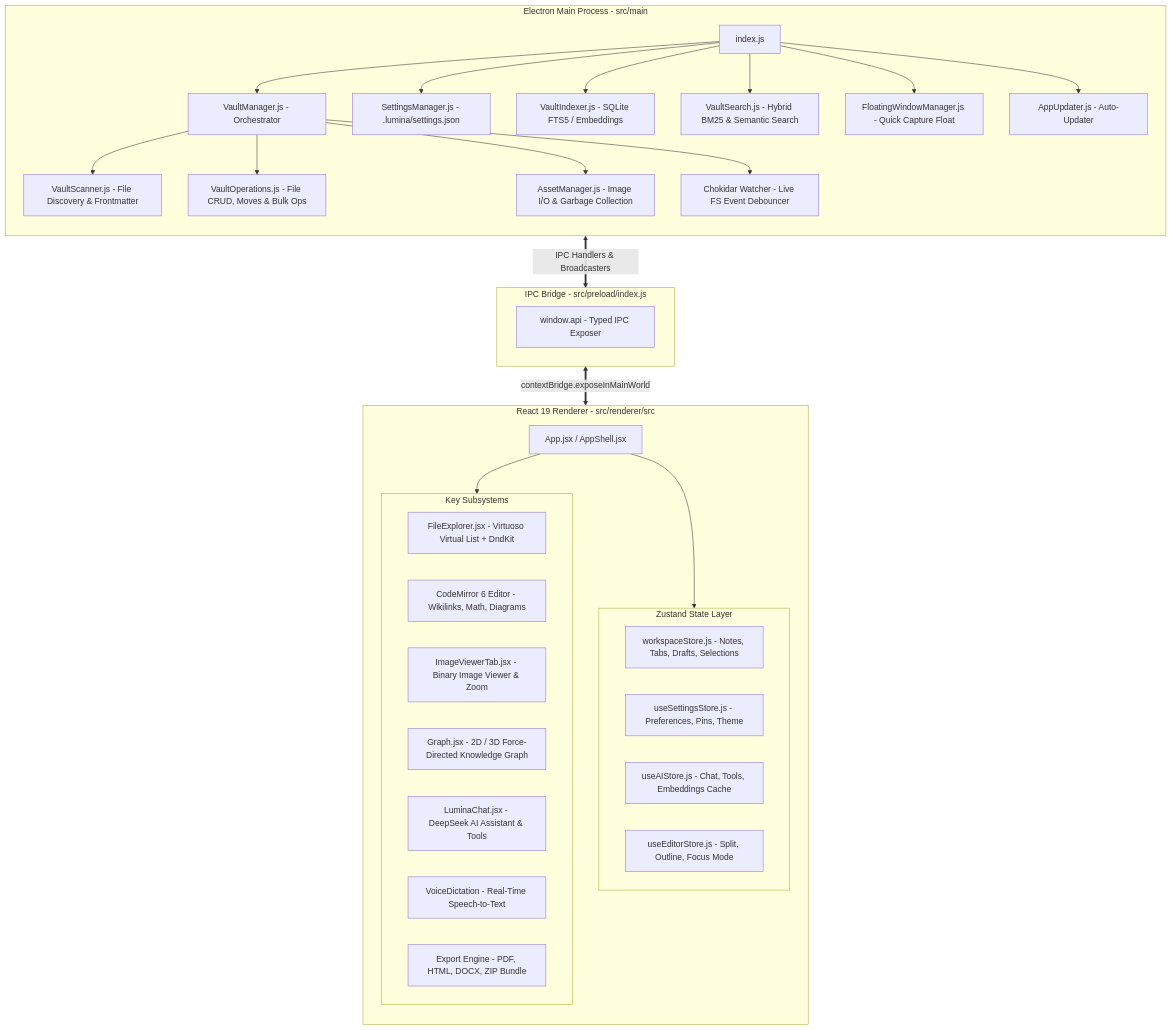
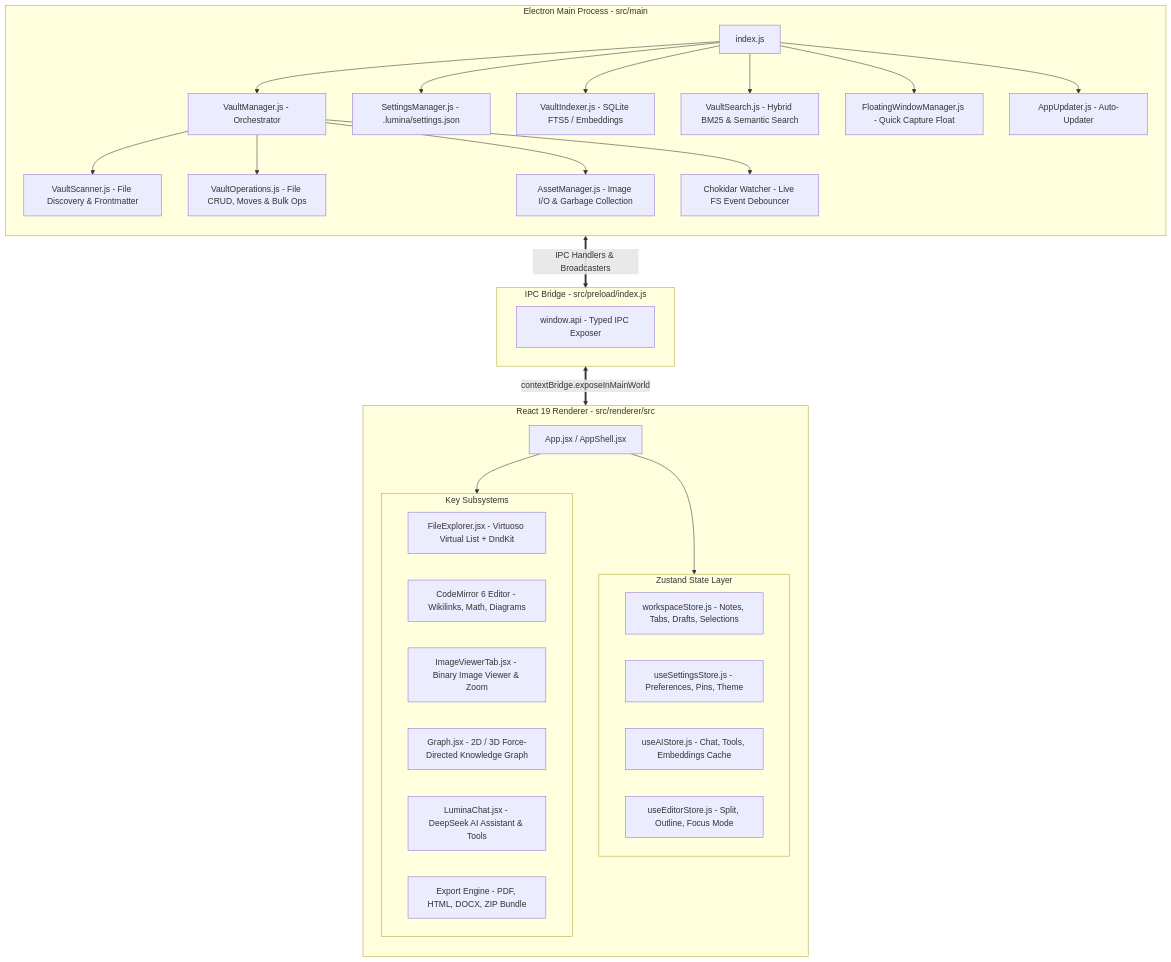
One commit to Saboor-Hamedi/lumina changed the diagram in guide.md. Above: the diagram before and after it, drawn with Mermaid. The commit also changed other lines of this file and 5 other files, not shown here.

Commit message:
refactor: remove unused VoiceDictation, move Welcome to root src and stylesheet to assets

````diff
--- a/guide.md
+++ b/guide.md
@@ -13,60 +13,59 @@
 ```mermaid
 graph TD
     subgraph ElectronMain [Electron Main Process - src/main]
         direction TB
         Entry[index.js]
         VM[VaultManager.js - Orchestrator]
         VS[VaultScanner.js - File Discovery & Frontmatter]
         VO[VaultOperations.js - File CRUD, Moves & Bulk Ops]
         AM[AssetManager.js - Image I/O & Garbage Collection]
         SM[SettingsManager.js - .lumina/settings.json]
         VI[VaultIndexer.js - SQLite FTS5 / Embeddings]
         VSR[VaultSearch.js - Hybrid BM25 & Semantic Search]
         CW[Chokidar Watcher - Live FS Event Debouncer]
         FWM[FloatingWindowManager.js - Quick Capture Float]
         AU[AppUpdater.js - Auto-Updater]
         
         Entry --> VM
         Entry --> SM
         Entry --> VI
         Entry --> VSR
         Entry --> FWM
         Entry --> AU
         VM --> VS
         VM --> VO
         VM --> AM
         VM --> CW
     end
 
     subgraph PreloadBridge [IPC Bridge - src/preload/index.js]
         API[window.api - Typed IPC Exposer]
     end
 
     subgraph ReactRenderer [React 19 Renderer - src/renderer/src]
         direction TB
         App[App.jsx / AppShell.jsx]
         
         subgraph Stores [Zustand State Layer]
             VS_Store[workspaceStore.js - Notes, Tabs, Drafts, Selections]
             ST_Store[useSettingsStore.js - Preferences, Pins, Theme]
             AI_Store[useAIStore.js - Chat, Tools, Embeddings Cache]
             ED_Store[useEditorStore.js - Split, Outline, Focus Mode]
         end
 
         subgraph CoreFeatures [Key Subsystems]
             FE[FileExplorer.jsx - Virtuoso Virtual List + DndKit]
             ED[CodeMirror 6 Editor - Wikilinks, Math, Diagrams]
             IV[ImageViewerTab.jsx - Binary Image Viewer & Zoom]
             KG[Graph.jsx - 2D / 3D Force-Directed Knowledge Graph]
             AI_UI[LuminaChat.jsx - DeepSeek AI Assistant & Tools]
-            VD[VoiceDictation - Real-Time Speech-to-Text]
             EX[Export Engine - PDF, HTML, DOCX, ZIP Bundle]
         end
 
         App --> Stores
         App --> CoreFeatures
     end
 
     ElectronMain <==>|IPC Handlers & Broadcasters| PreloadBridge
     PreloadBridge <==>|contextBridge.exposeInMainWorld| ReactRenderer
 ```
````
